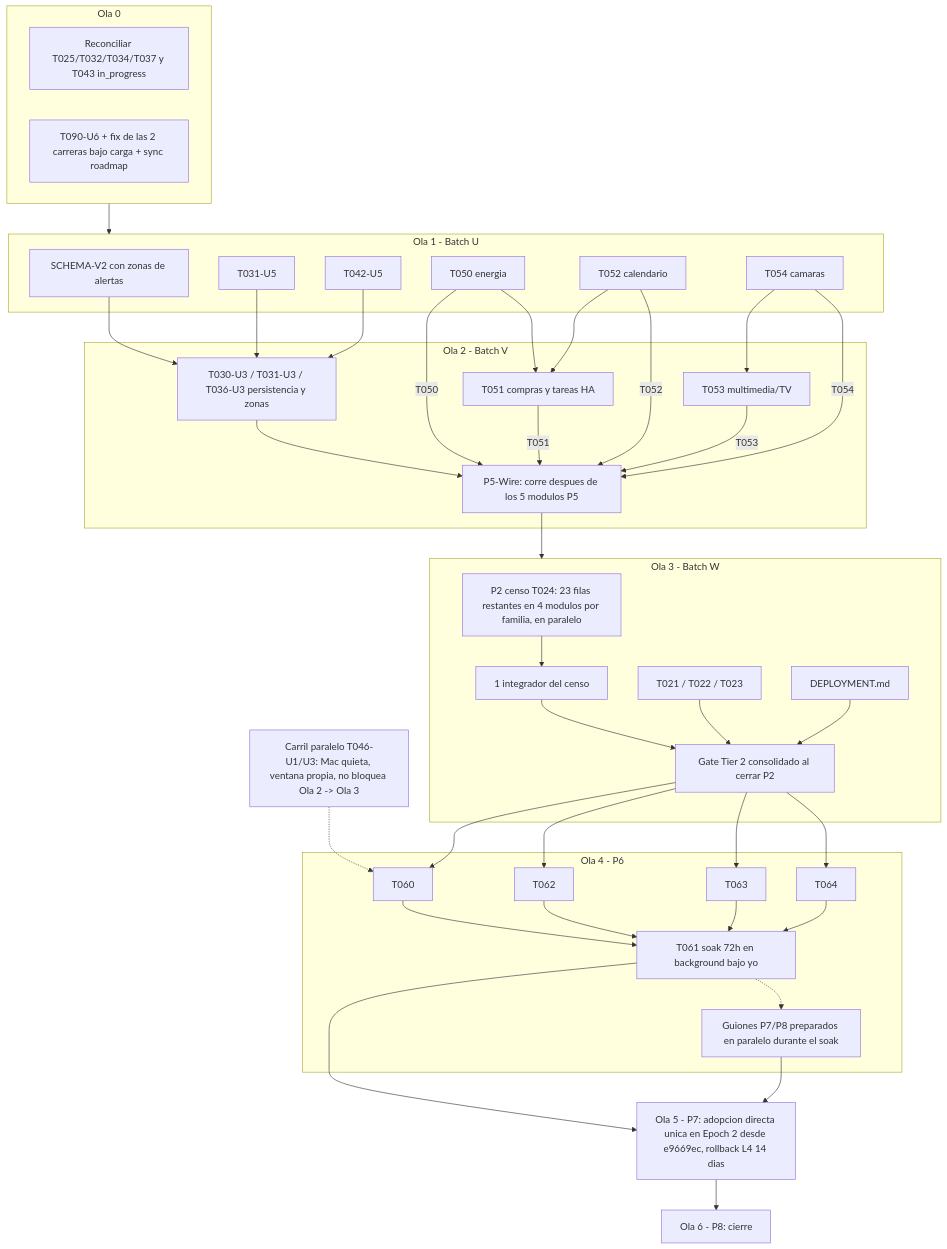
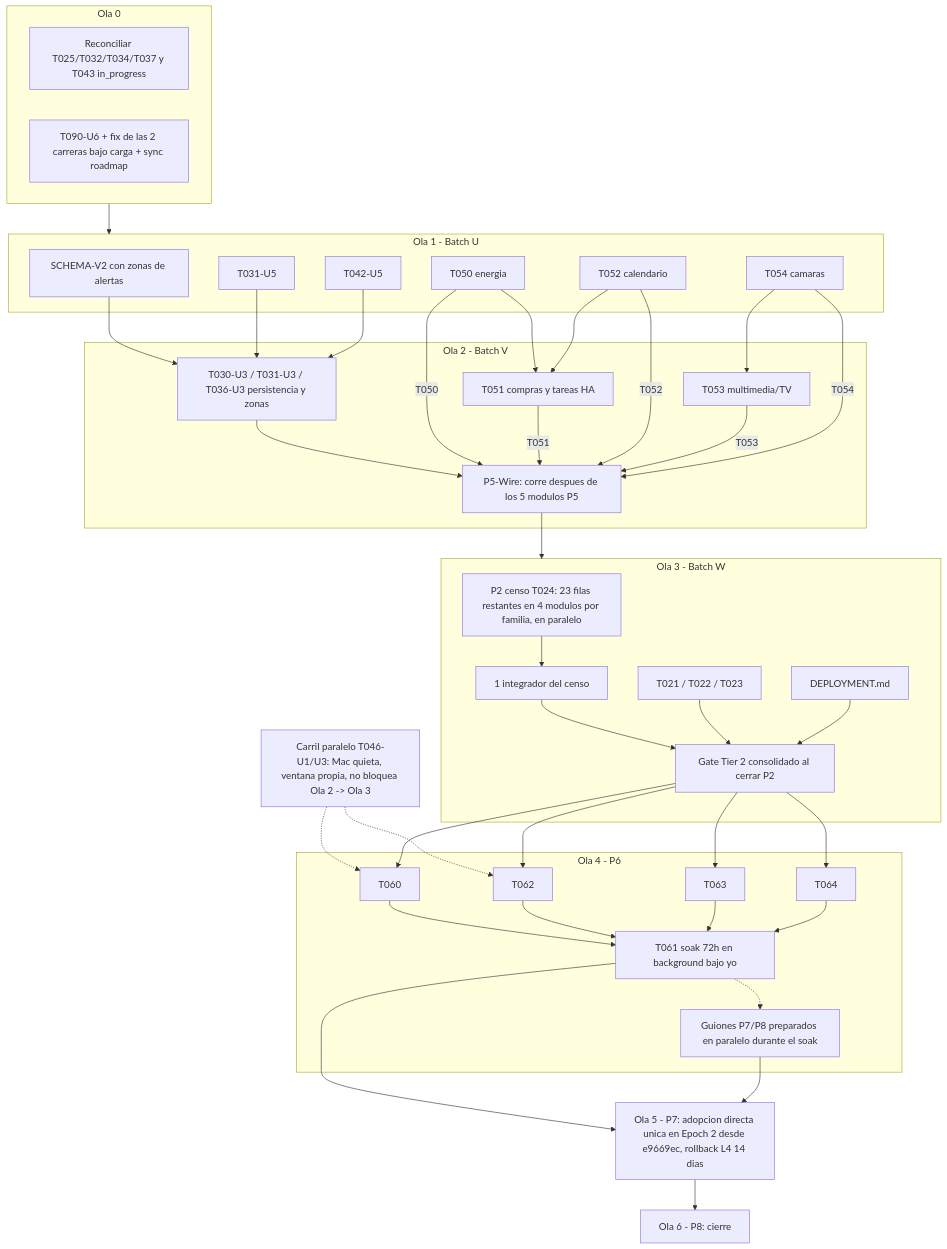
One commit to mastar02/kza changed the diagram in docs/plans/2026-11-21-precedence-roadmap-and-test-strategy.md. Above: the diagram before and after it, drawn with Mermaid. The commit also changed other lines of this file, not shown here.

Commit message:
docs(roadmap): Ola 0 R3 - nice -n 5 explicito, systemctl --user thermouy, arista T046 -> T062

````diff
--- a/docs/plans/2026-11-21-precedence-roadmap-and-test-strategy.md
+++ b/docs/plans/2026-11-21-precedence-roadmap-and-test-strategy.md
@@ -15,70 +15,71 @@
 ```mermaid
 flowchart TD
   subgraph O0["Ola 0"]
     R0["Reconciliar T025/T032/T034/T037 y T043 in_progress"]
     T6["T090-U6 + fix de las 2 carreras bajo carga + sync roadmap"]
   end
   subgraph O1["Ola 1 - Batch U"]
     U1["SCHEMA-V2 con zonas de alertas"]
     U2["T031-U5"]
     U3["T042-U5"]
     U4["T050 energia"]
     U5["T052 calendario"]
     U6["T054 camaras"]
   end
   subgraph O2["Ola 2 - Batch V"]
     V1["T030-U3 / T031-U3 / T036-U3 persistencia y zonas"]
     V2["T051 compras y tareas HA"]
     V3["T053 multimedia/TV"]
     PW["P5-Wire: corre despues de los 5 modulos P5"]
   end
   Q["Carril paralelo T046-U1/U3: Mac quieta, ventana propia, no bloquea Ola 2 -> Ola 3"]
   subgraph O3["Ola 3 - Batch W"]
     W1["P2 censo T024: 23 filas restantes en 4 modulos por familia, en paralelo"]
     W2["1 integrador del censo"]
     W3["T021 / T022 / T023"]
     W4["DEPLOYMENT.md"]
     G2["Gate Tier 2 consolidado al cerrar P2"]
   end
   subgraph O4["Ola 4 - P6"]
     P60["T060"]
     P62["T062"]
     P63["T063"]
     P64["T064"]
     P61["T061 soak 72h en background bajo yo"]
     SC["Guiones P7/P8 preparados en paralelo durante el soak"]
   end
   P7["Ola 5 - P7: adopcion directa unica en Epoch 2 desde e9669ec, rollback L4 14 dias"]
   P8["Ola 6 - P8: cierre"]
   O0 --> O1
   U1 --> V1
   U2 --> V1
   U3 --> V1
   U4 --> V2
   U5 --> V2
   U6 --> V3
   V1 --> PW
   U4 -- "T050" --> PW
   V2 -- "T051" --> PW
   U5 -- "T052" --> PW
   V3 -- "T053" --> PW
   U6 -- "T054" --> PW
   PW --> O3
   Q -.-> P60
+  Q -.-> P62
   W1 --> W2
   W2 --> G2
   W3 --> G2
   W4 --> G2
   G2 --> P60
   G2 --> P62
   G2 --> P63
   G2 --> P64
   P60 --> P61
   P62 --> P61
   P63 --> P61
   P64 --> P61
   P61 --> P7
   P61 -.-> SC
   SC --> P7
   P7 --> P8
 ```
````
